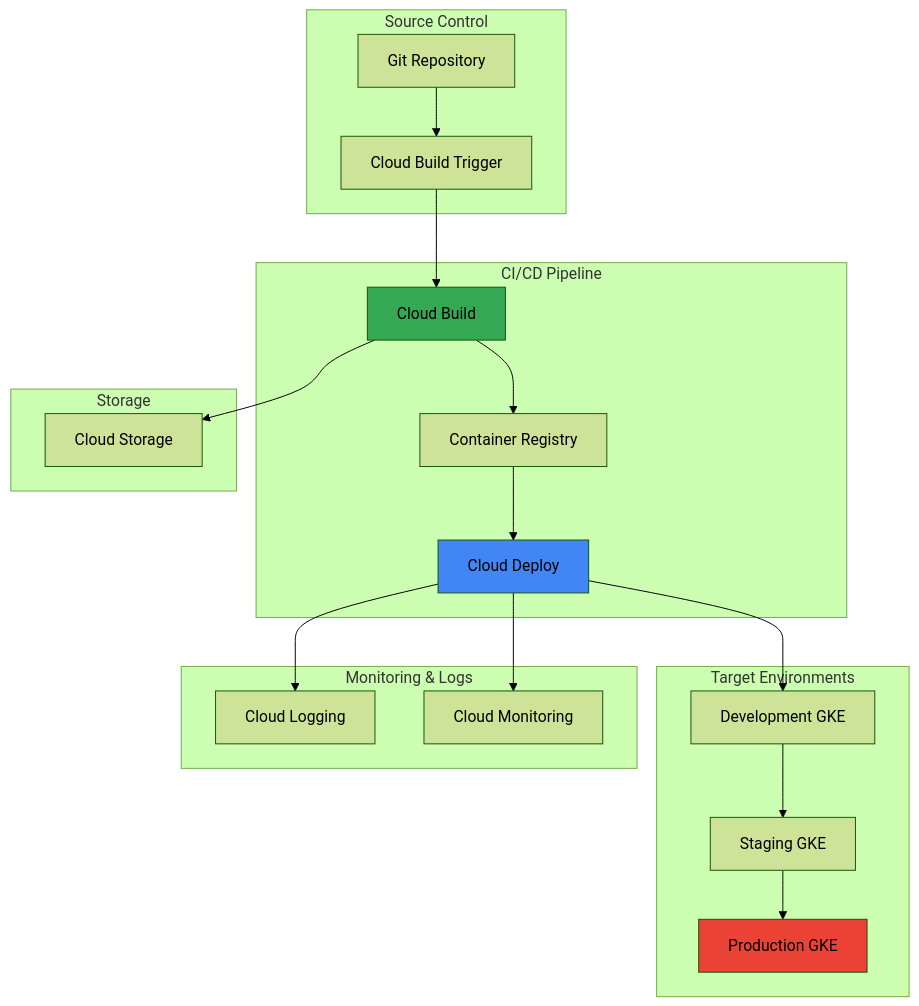
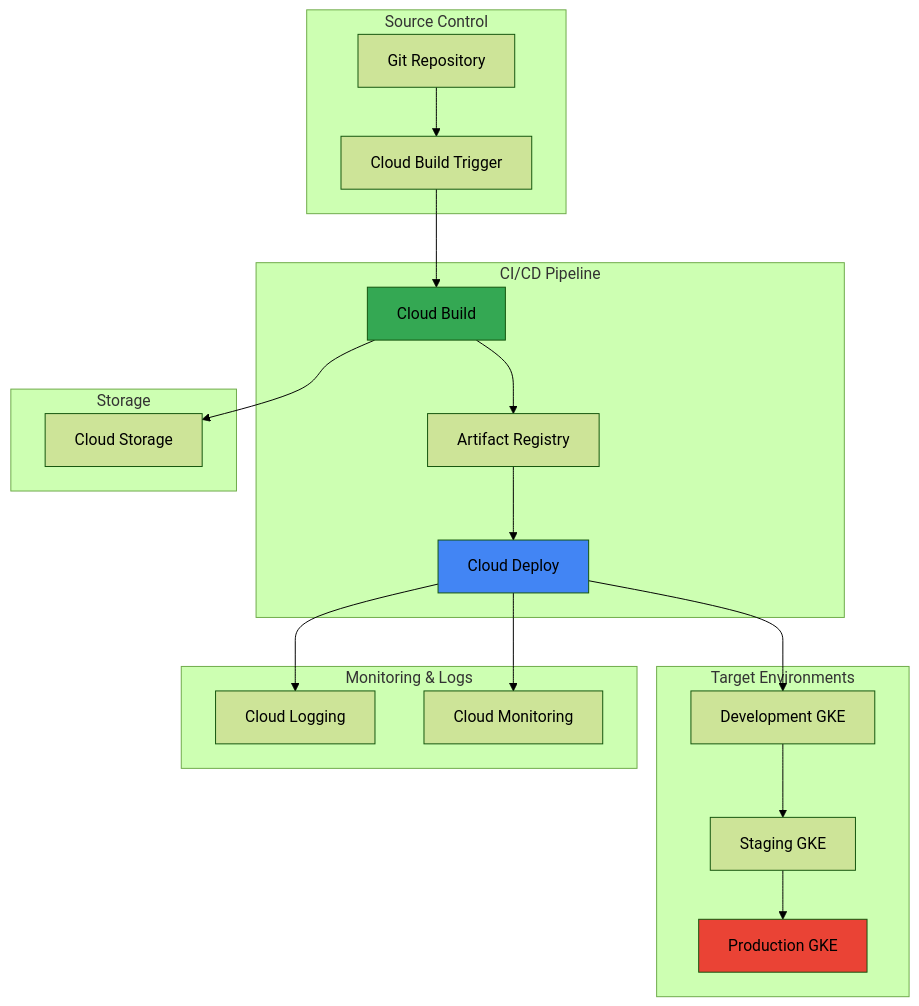
Before and after one commit to mzazon/awesome-cloud-projects: the diagram in gcp/multi-environment-application-deployment-deploy-build/multi-environment-application-deployment-deploy-build.md, drawn with Mermaid (forest theme). The commit also changed other lines of this file and 5581 other files, not shown here.

````diff
--- a/gcp/multi-environment-application-deployment-deploy-build/multi-environment-application-deployment-deploy-build.md
+++ b/gcp/multi-environment-application-deployment-deploy-build/multi-environment-application-deployment-deploy-build.md
@@ -30,43 +30,43 @@
 ```mermaid
 graph TB
     subgraph "Source Control"
         REPO[Git Repository]
         TRIGGER[Cloud Build Trigger]
     end
     
     subgraph "CI/CD Pipeline"
         BUILD[Cloud Build]
-        ARTIFACTS[Container Registry]
+        ARTIFACTS[Artifact Registry]
         DEPLOY[Cloud Deploy]
     end
     
     subgraph "Target Environments"
         DEV[Development GKE]
         STAGING[Staging GKE]
         PROD[Production GKE]
     end
     
     subgraph "Monitoring & Logs"
         LOGS[Cloud Logging]
         MONITOR[Cloud Monitoring]
     end
     
     subgraph "Storage"
         STORAGE[Cloud Storage]
     end
     
     REPO --> TRIGGER
     TRIGGER --> BUILD
     BUILD --> ARTIFACTS
     BUILD --> STORAGE
     ARTIFACTS --> DEPLOY
     DEPLOY --> DEV
     DEV --> STAGING
     STAGING --> PROD
     DEPLOY --> LOGS
     DEPLOY --> MONITOR
     
     style DEPLOY fill:#4285f4
     style BUILD fill:#34a853
     style PROD fill:#ea4335
 ```
````
